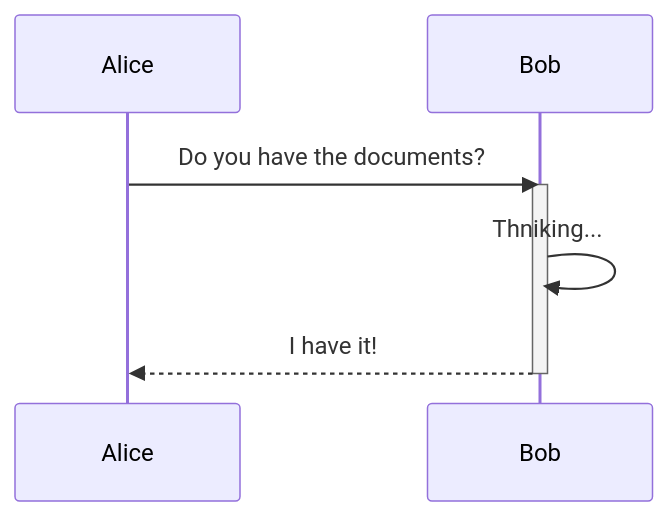
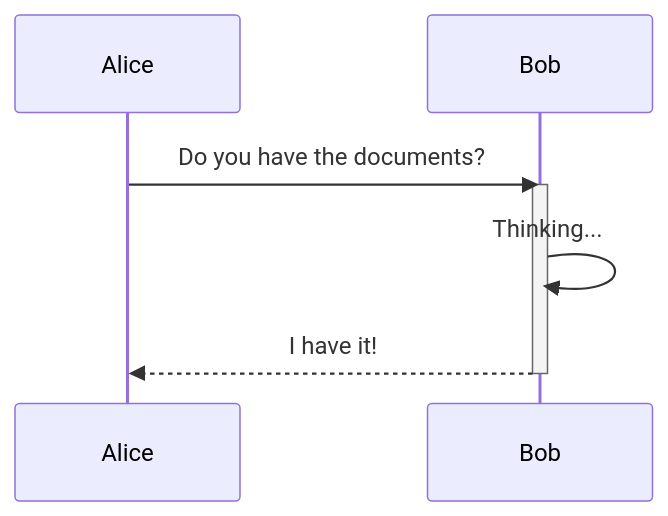
The third of 10 diagrams in README.md (devinoue/type-mermaid), drawn with Mermaid before and after one commit.

Commit message:
fix: typo修正

````diff
--- a/README.md
+++ b/README.md
@@ -175,10 +175,10 @@
 ```mermaid
 sequenceDiagram
     participant Alice
     participant Bob
     Alice->>Bob: Do you have the documents?
     activate Bob
-    Bob->>Bob: Thniking...
+    Bob->>Bob: Thinking...
     Bob-->>Alice: I have it!
     deactivate Bob
 ```
````
